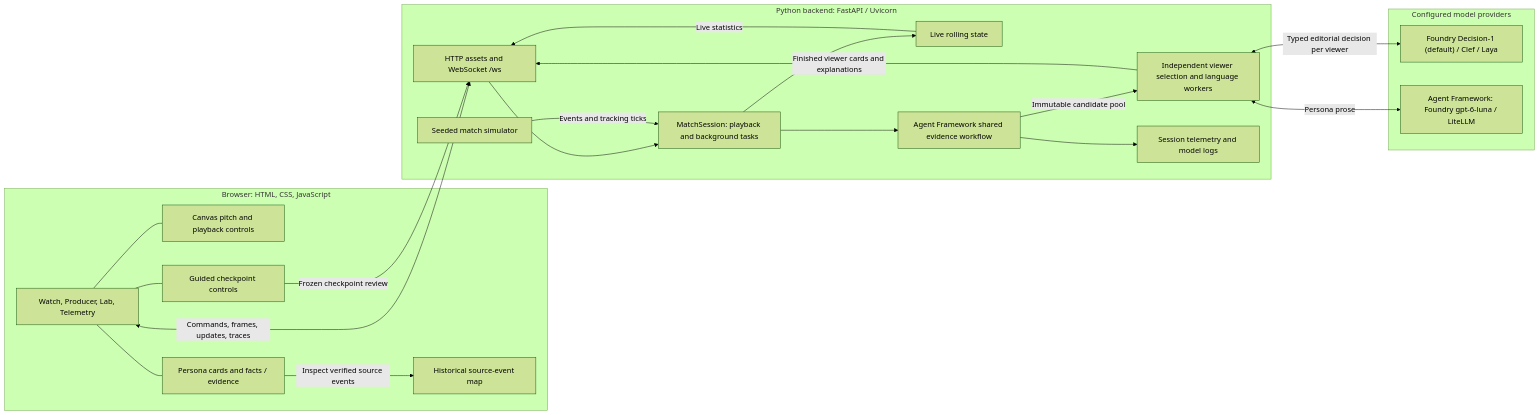
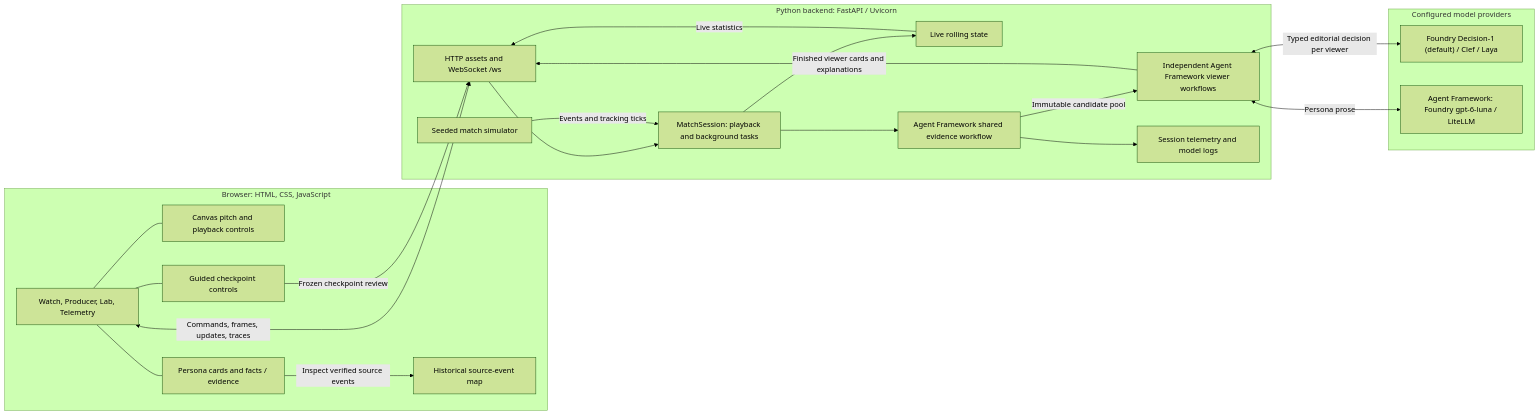
The first of 8 diagrams in ARCHITECTURE.md (shantanu1singh/matchos), drawn with Mermaid (forest theme) before and after one commit. The commit also changed other lines of this file and 23 other files, not shown here.

Commit message:
Redo architecture

````diff
--- a/ARCHITECTURE.md
+++ b/ARCHITECTURE.md
@@ -9,42 +9,42 @@
 ```mermaid
 flowchart LR
     subgraph Browser["Browser: HTML, CSS, JavaScript"]
         UI["Watch, Producer, Lab, Telemetry"]
         Pitch["Canvas pitch and playback controls"]
         Views["Persona cards and facts / evidence"]
         Demo["Guided checkpoint controls"]
         EvidenceMap["Historical source-event map"]
         UI --- Pitch
         UI --- Views
         UI --- Demo
         Views -->|"Inspect verified source events"| EvidenceMap
     end
 
     subgraph Backend["Python backend: FastAPI / Uvicorn"]
         Server["HTTP assets and WebSocket /ws"]
         Session["MatchSession: playback and background tasks"]
         Simulator["Seeded match simulator"]
         LiveState["Live rolling state"]
         Workflow["Agent Framework shared evidence workflow"]
-        Viewers["Independent viewer selection and language workers"]
+        Viewers["Independent Agent Framework viewer workflows"]
         Traces["Session telemetry and model logs"]
         Server --> Session
         Simulator -->|"Events and tracking ticks"| Session
         Session --> LiveState
         Session --> Workflow
         Workflow -->|"Immutable candidate pool"| Viewers
         Workflow --> Traces
     end
 
     subgraph Providers["Configured model providers"]
         Decision["Foundry Decision-1 (default) / Clef / Laya"]
         Language["Agent Framework: Foundry gpt-6-luna / LiteLLM"]
     end
 
     UI <-->|"Commands, frames, updates, traces"| Server
     Demo -->|"Frozen checkpoint review"| Server
     LiveState -->|"Live statistics"| Server
     Viewers -->|"Finished viewer cards and explanations"| Server
     Viewers <-->|"Typed editorial decision per viewer"| Decision
     Viewers <-->|"Persona prose"| Language
 ```
````
